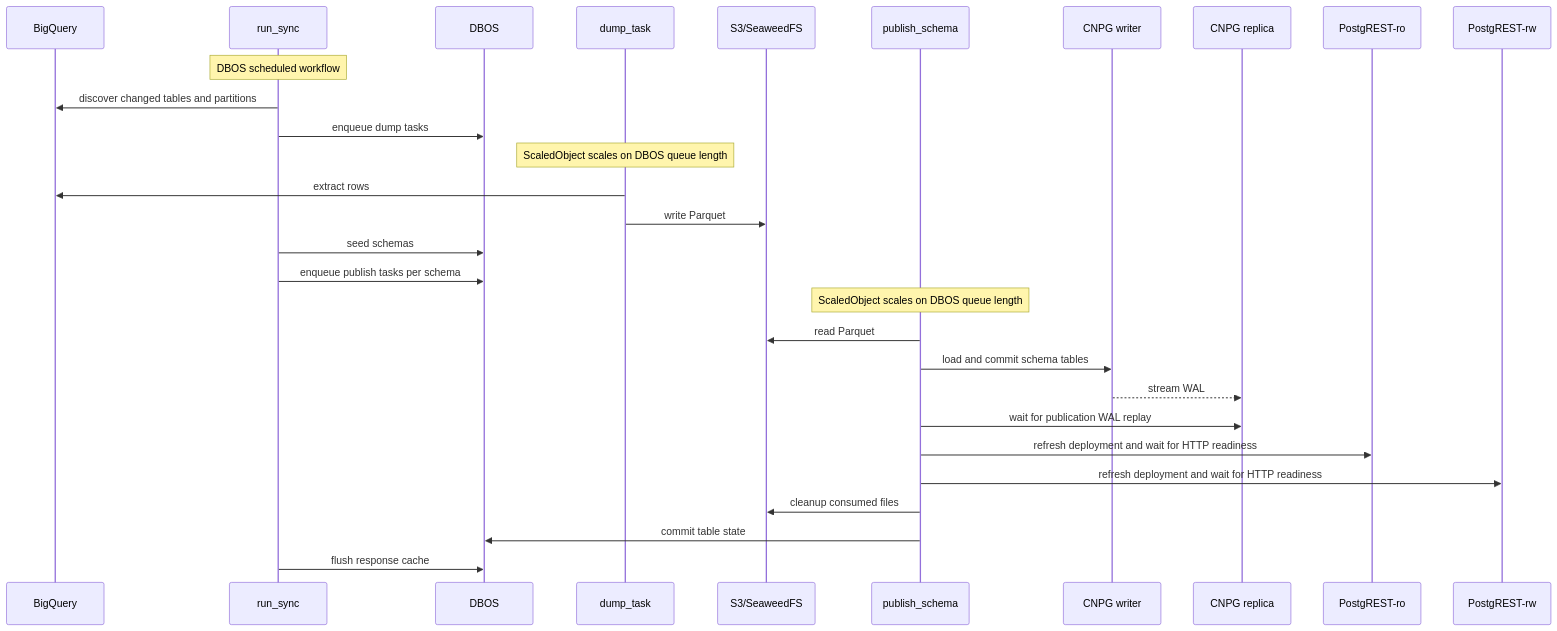
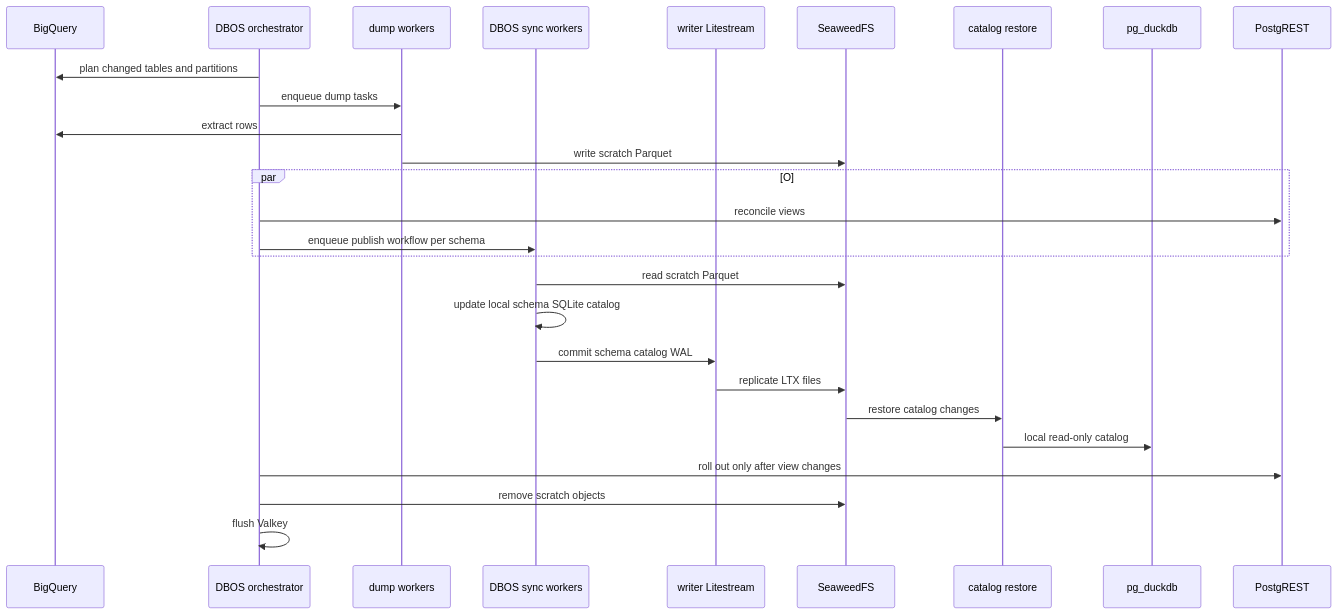
Before and after one commit to prefeitura-rio/data-proxy: the first of 2 diagrams in docs/architecture.md, drawn with Mermaid. The commit also changed other lines of this file and 10 other files, not shown here.

First line of the commit message:
docs: update documentation for DuckLake architecture

````diff
--- a/docs/architecture.md
+++ b/docs/architecture.md
@@ -123,32 +66,30 @@
 ```mermaid
 sequenceDiagram
     participant BQ as BigQuery
-    participant P as run_sync
-    participant D as DBOS
-    participant W as dump_task
-    participant S3 as S3/SeaweedFS
-    participant PUB as publish_schema
-    participant CW as CNPG writer
-    participant CR as CNPG replica
-    participant RO as PostgREST-ro
-    participant RW as PostgREST-rw
+    participant O as DBOS orchestrator
+    participant D as dump workers
+    participant P as DBOS sync workers
+    participant L as writer Litestream
+    participant S3 as SeaweedFS
+    participant R as catalog restore
+    participant PG as pg_duckdb
+    participant API as PostgREST
 
-    Note over P: DBOS scheduled workflow
-    P->>BQ: discover changed tables and partitions
-    P->>D: enqueue dump tasks
-    Note over W: ScaledObject scales on DBOS queue length
-    W->>BQ: extract rows
-    W->>S3: write Parquet
-    P->>D: seed schemas
-    P->>D: enqueue publish tasks per schema
-    Note over PUB: ScaledObject scales on DBOS queue length
-    PUB->>S3: read Parquet
-    PUB->>CW: load and commit schema tables
-    CW-->>CR: stream WAL
-    PUB->>CR: wait for publication WAL replay
-    PUB->>RO: refresh deployment and wait for HTTP readiness
-    PUB->>RW: refresh deployment and wait for HTTP readiness
-    PUB->>S3: cleanup consumed files
-    PUB->>D: commit table state
-    P->>D: flush response cache
+    O->>BQ: plan changed tables and partitions
+    O->>D: enqueue dump tasks
+    D->>BQ: extract rows
+    D->>S3: write scratch Parquet
+    par O
+        O->>API: reconcile views
+        O->>P: enqueue publish workflow per schema
+    end
+    P->>S3: read scratch Parquet
+    P->>P: update local schema SQLite catalog
+    P->>L: commit schema catalog WAL
+    L->>S3: replicate LTX files
+    S3->>R: restore catalog changes
+    R->>PG: local read-only catalog
+    O->>API: roll out only after view changes
+    O->>S3: remove scratch objects
+    O->>O: flush Valkey
 ```
````
